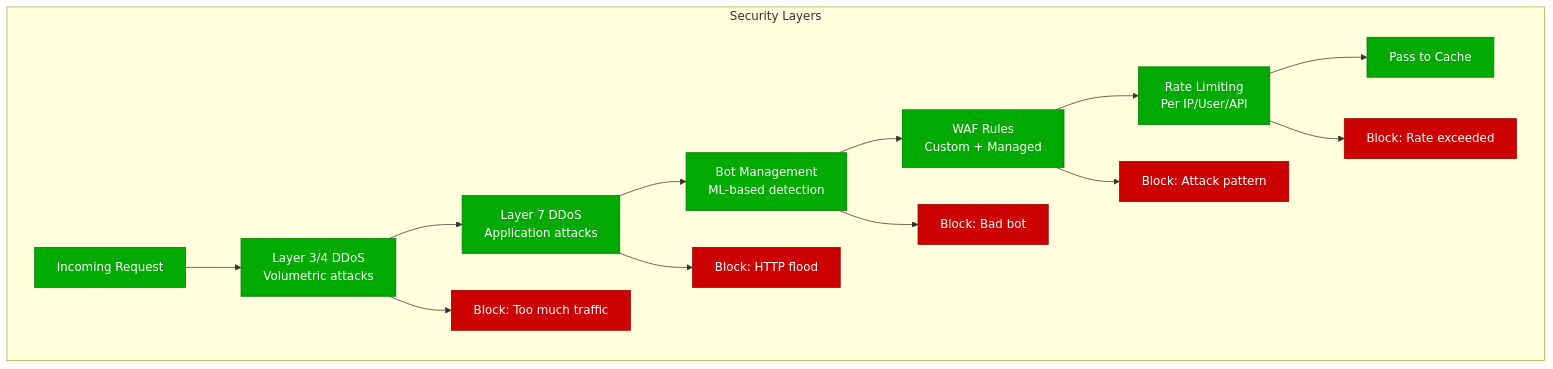
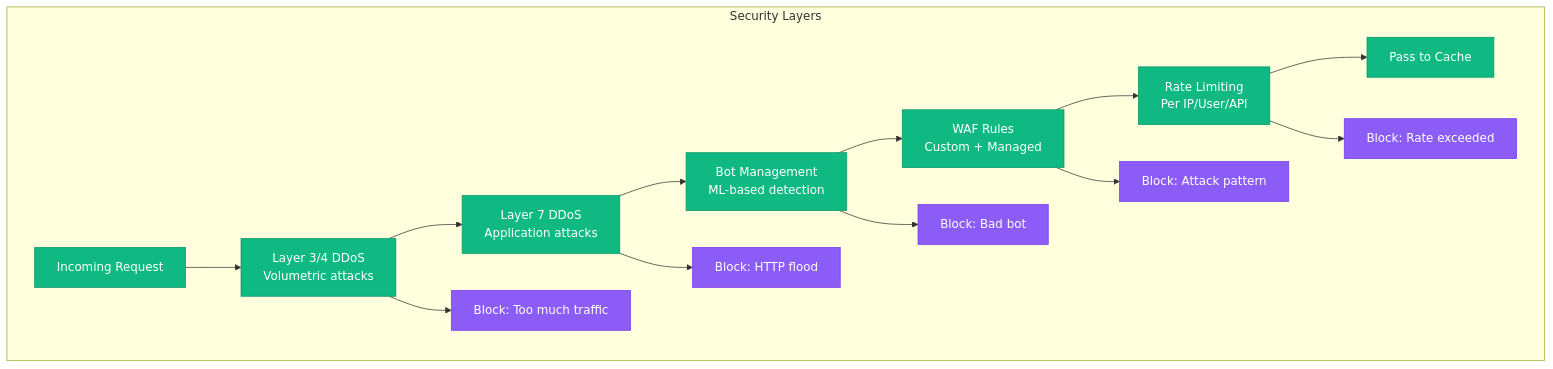
One commit to deepaucksharma/DS changed the fourth of 6 diagrams in site/docs/systems/cloudflare/request-flow.md. Above: the diagram before and after it, drawn with Mermaid. The commit also changed other lines of this file and 303 other files, not shown here.

````diff
--- a/site/docs/systems/cloudflare/request-flow.md
+++ b/site/docs/systems/cloudflare/request-flow.md
@@ -128,24 +128,24 @@
 ```mermaid
 graph TB
     subgraph "Security Layers"
         REQUEST[Incoming Request] --> L3[Layer 3/4 DDoS<br/>Volumetric attacks]
         L3 --> L7[Layer 7 DDoS<br/>Application attacks]
         L7 --> BOT[Bot Management<br/>ML-based detection]
         BOT --> WAF[WAF Rules<br/>Custom + Managed]
         WAF --> RATE[Rate Limiting<br/>Per IP/User/API]
         RATE --> PASS[Pass to Cache]
 
         L3 --> BLOCK1[Block: Too much traffic]
         L7 --> BLOCK2[Block: HTTP flood]
         BOT --> BLOCK3[Block: Bad bot]
         WAF --> BLOCK4[Block: Attack pattern]
         RATE --> BLOCK5[Block: Rate exceeded]
     end
 
     %% Apply colors
-    classDef serviceStyle fill:#00AA00,stroke:#007700,color:#fff
-    classDef blockStyle fill:#CC0000,stroke:#990000,color:#fff
+    classDef serviceStyle fill:#10B981,stroke:#059669,color:#fff
+    classDef blockStyle fill:#8B5CF6,stroke:#7C3AED,color:#fff
 
     class REQUEST,L3,L7,BOT,WAF,RATE,PASS serviceStyle
     class BLOCK1,BLOCK2,BLOCK3,BLOCK4,BLOCK5 blockStyle
 ```
````
